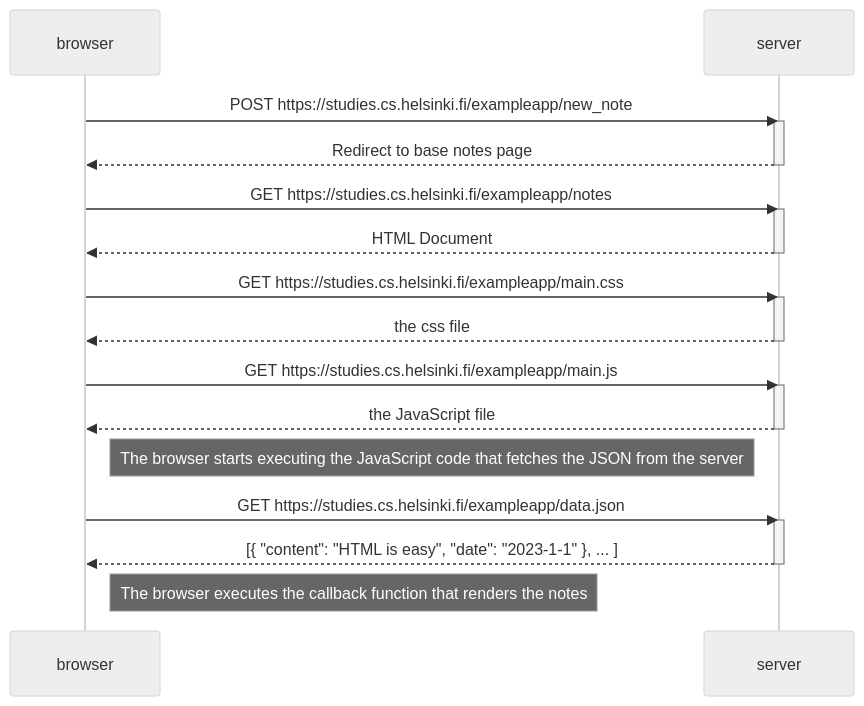
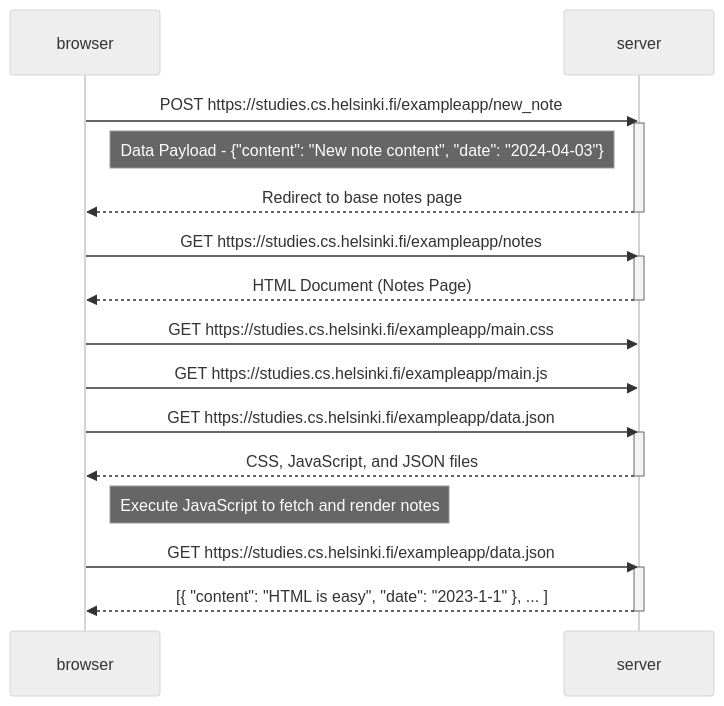
Before and after one commit to Dredegui/FullStackOpen-Helsinki: the diagram in part0/diagram.md, drawn with Mermaid (neutral theme).

Commit message:
feat: update diagram to include data payload information

````diff
--- a/part0/diagram.md
+++ b/part0/diagram.md
@@ -2,34 +2,32 @@
 ```mermaid
 sequenceDiagram
     participant browser
     participant server
 
     browser->>server: POST https://studies.cs.helsinki.fi/exampleapp/new_note
     activate server
+	Note right of browser: Data Payload - {"content": "New note content", "date": "2024-04-03"}
     server-->>browser: Redirect to base notes page
     deactivate server
 
+    
+
     browser->>server: GET https://studies.cs.helsinki.fi/exampleapp/notes
     activate server
-    server-->>browser: HTML Document
+    server-->>browser: HTML Document (Notes Page)
     deactivate server
 
     browser->>server: GET https://studies.cs.helsinki.fi/exampleapp/main.css
+    browser->>server: GET https://studies.cs.helsinki.fi/exampleapp/main.js
+    browser->>server: GET https://studies.cs.helsinki.fi/exampleapp/data.json
     activate server
-    server-->>browser: the css file
+    server-->>browser: CSS, JavaScript, and JSON files
     deactivate server
 
-    browser->>server: GET https://studies.cs.helsinki.fi/exampleapp/main.js
-    activate server
-    server-->>browser: the JavaScript file
-    deactivate server
-
-    Note right of browser: The browser starts executing the JavaScript code that fetches the JSON from the server
+    Note right of browser: Execute JavaScript to fetch and render notes
 
     browser->>server: GET https://studies.cs.helsinki.fi/exampleapp/data.json
     activate server
     server-->>browser: [{ "content": "HTML is easy", "date": "2023-1-1" }, ... ]
     deactivate server
-
-    Note right of browser: The browser executes the callback function that renders the notes
 ```
````
